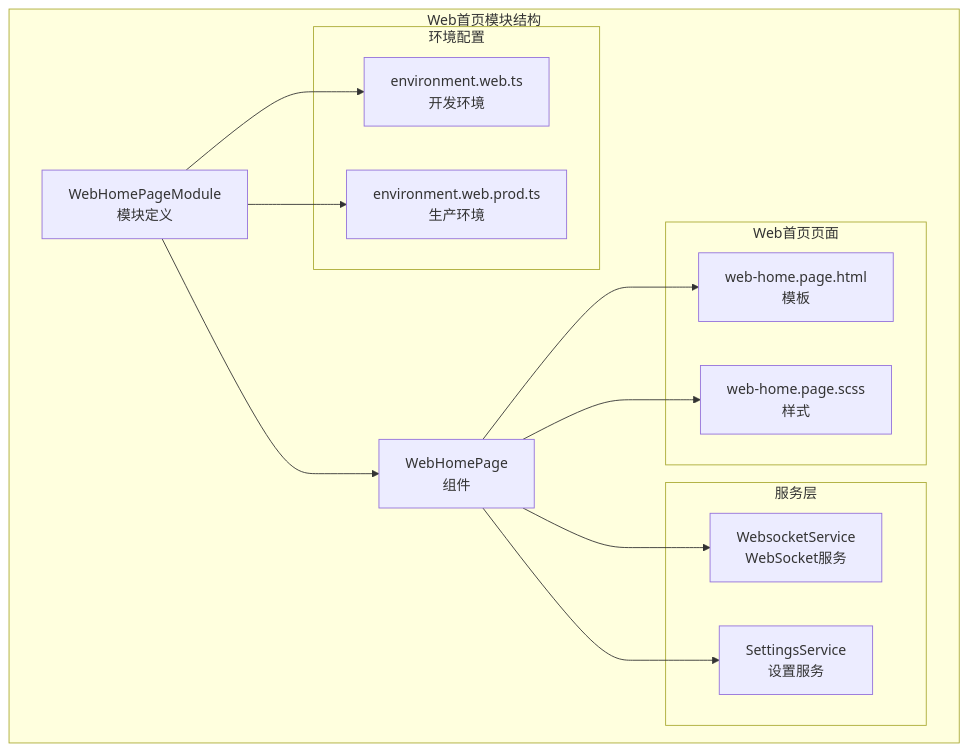
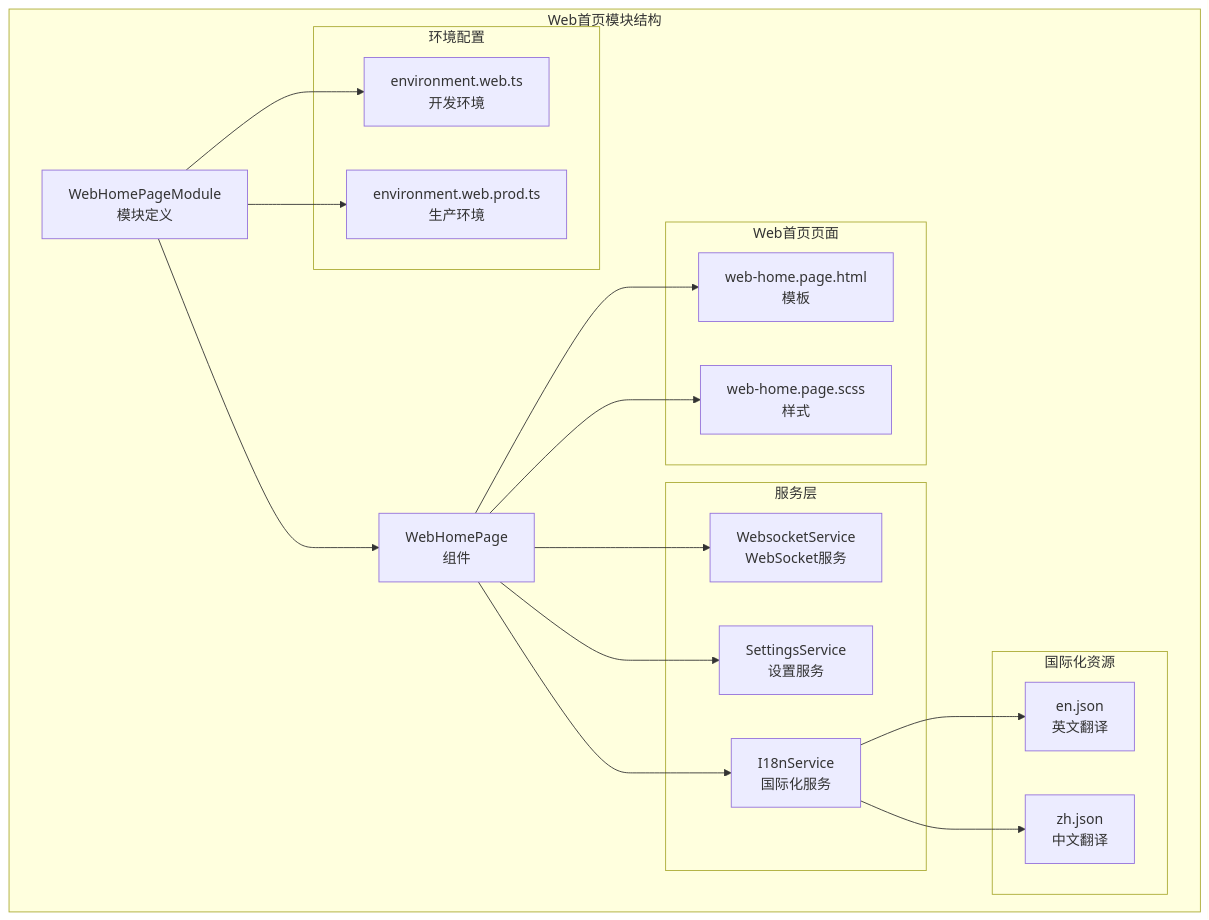
Before and after one commit to tea4go/Macro-Deck-Client-App: the first of 12 diagrams in .qoder/repowiki/zh/content/架构设计/模块化设计/页面模块/Web首页模块.md, drawn with Mermaid. The commit also changed other lines of this file and 15 other files, not shown here.

````diff
--- a/.qoder/repowiki/zh/content/架构设计/模块化设计/页面模块/Web首页模块.md
+++ b/.qoder/repowiki/zh/content/架构设计/模块化设计/页面模块/Web首页模块.md
@@ -59,26 +66,34 @@
 ```mermaid
 graph TB
 subgraph "Web首页模块结构"
 WHM[WebHomePageModule<br/>模块定义]
 WHP[WebHomePage<br/>组件]
 subgraph "Web首页页面"
 WHHTML[web-home.page.html<br/>模板]
 WHSCSS[web-home.page.scss<br/>样式]
 end
 subgraph "服务层"
 WS[WebsocketService<br/>WebSocket服务]
 SS[SettingsService<br/>设置服务]
+IS[I18nService<br/>国际化服务]
 end
 subgraph "环境配置"
 EW[environment.web.ts<br/>开发环境]
 EWP[environment.web.prod.ts<br/>生产环境]
+end
+subgraph "国际化资源"
+EN[en.json<br/>英文翻译]
+ZH[zh.json<br/>中文翻译]
 end
 end
 WHM --> WHP
 WHP --> WHHTML
 WHP --> WHSCSS
 WHP --> WS
 WHP --> SS
+WHP --> IS
 WHM --> EW
 WHM --> EWP
+IS --> EN
+IS --> ZH
 ```
````
